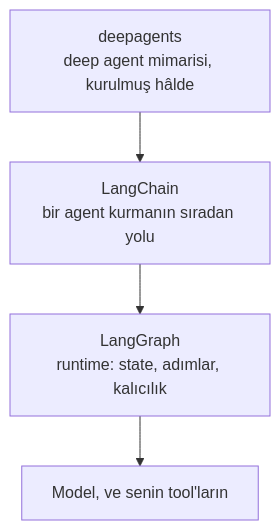
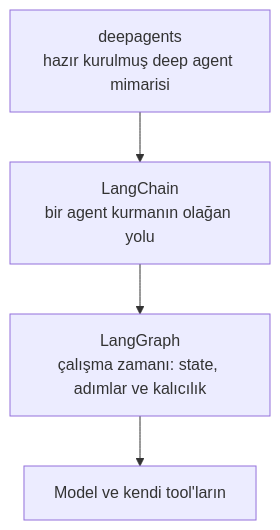
One commit to lokumai/ai-engineering-bazaar changed the first of 2 diagrams in mini-courses/4_ecosystem/agent_frameworks_tr.md. Above: the diagram before and after it, drawn with Mermaid. The commit also changed other lines of this file and 63 other files, not shown here.

````diff
--- a/mini-courses/4_ecosystem/agent_frameworks_tr.md
+++ b/mini-courses/4_ecosystem/agent_frameworks_tr.md
@@ -21,6 +21,6 @@
 ```mermaid
 graph TD
-    A["deepagents<br/>deep agent mimarisi, kurulmuş hâlde"] --> B["LangChain<br/>bir agent kurmanın sıradan yolu"]
-    B --> C["LangGraph<br/>runtime: state, adımlar, kalıcılık"]
-    C --> D["Model, ve senin tool'ların"]
+    A["deepagents<br/>hazır kurulmuş deep agent mimarisi"] --> B["LangChain<br/>bir agent kurmanın olağan yolu"]
+    B --> C["LangGraph<br/>çalışma zamanı: state, adımlar ve kalıcılık"]
+    C --> D["Model ve kendi tool'ların"]
 ```
````
